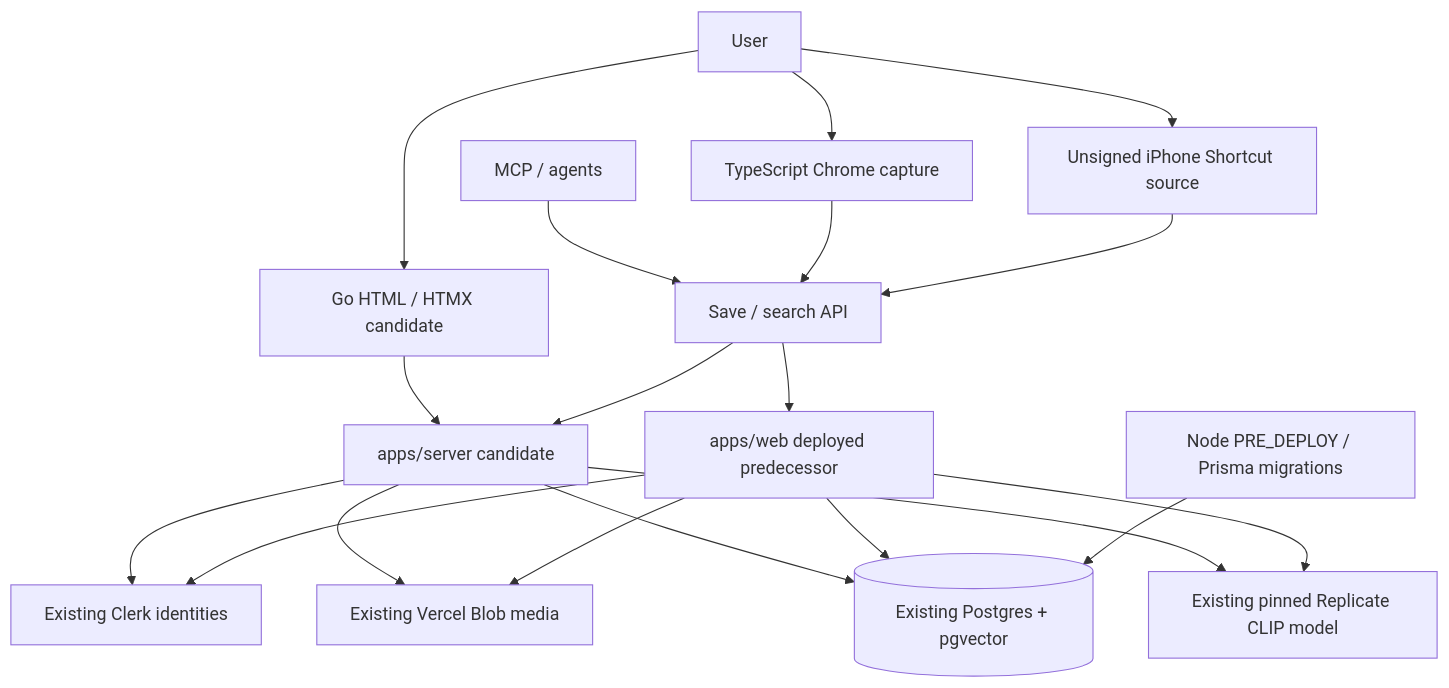
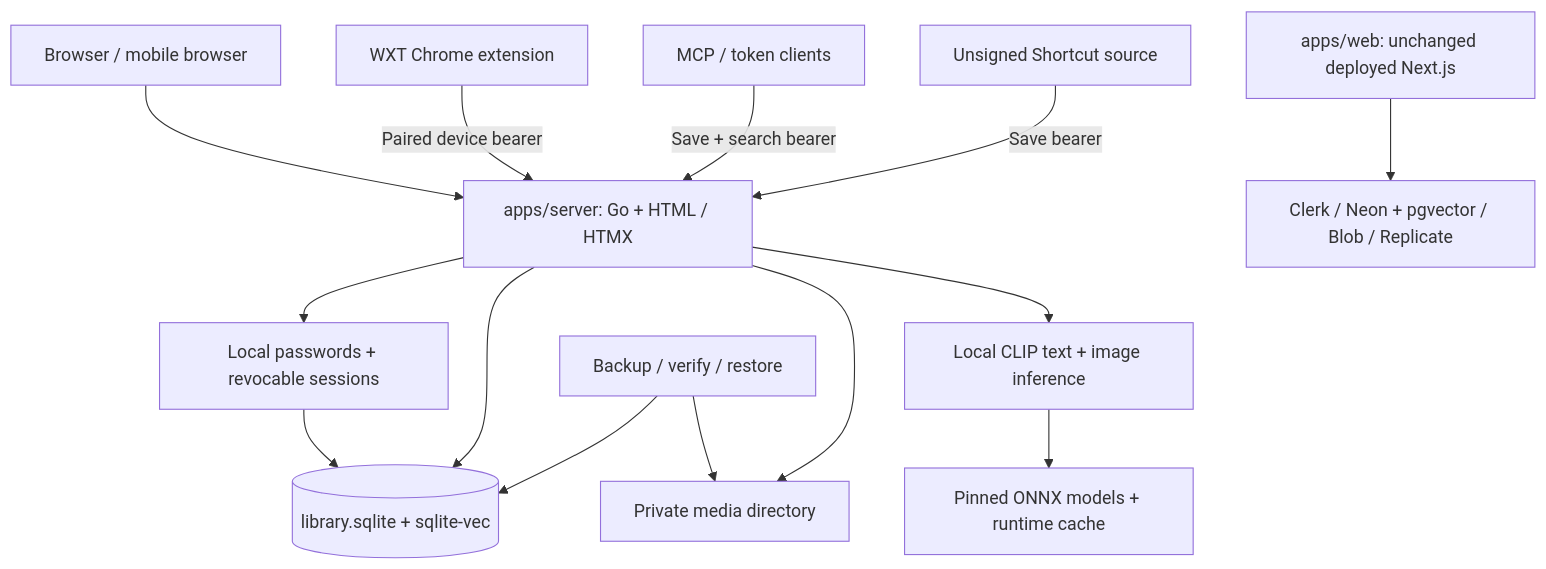
One commit to misty-step/sploot changed the diagram in ARCHITECTURE.md. Above: the diagram before and after it, drawn with Mermaid. The commit also changed other lines of this file and 173 other files, not shown here.

Commit message:
feat(server): finish persistent personal library (MIS-45)

````diff
--- a/ARCHITECTURE.md
+++ b/ARCHITECTURE.md
@@ -28,21 +31,16 @@
 ```mermaid
 graph TB
-  U[User] --> HTML[Go HTML / HTMX candidate]
-  U --> EXT[TypeScript Chrome capture]
-  U --> IOS[Unsigned iPhone Shortcut source]
-  AGENT[MCP / agents] --> API[Save / search API]
-  EXT --> API
-  IOS --> API
-  HTML --> GO[apps/server candidate]
-  API --> GO
-  API --> NEXT[apps/web deployed predecessor]
-  GO --> AUTH[Existing Clerk identities]
-  NEXT --> AUTH
-  GO --> BLOB[Existing Vercel Blob media]
-  NEXT --> BLOB
-  GO --> DB[(Existing Postgres + pgvector)]
-  NEXT --> DB
-  GO --> EMB[Existing pinned Replicate CLIP model]
-  NEXT --> EMB
-  MIGRATE[Node PRE_DEPLOY / Prisma migrations] --> DB
+  U[Browser / mobile browser] --> GO[apps/server: Go + HTML / HTMX]
+  EXT[WXT Chrome extension] -->|Paired device bearer| GO
+  AGENT[MCP / token clients] -->|Save + search bearer| GO
+  IOS[Unsigned Shortcut source] -->|Save bearer| GO
+  GO --> AUTH[Local passwords + revocable sessions]
+  AUTH --> DB[(library.sqlite + sqlite-vec)]
+  GO --> DB
+  GO --> MEDIA[Private media directory]
+  GO --> CPU[Local CLIP text + image inference]
+  CPU --> CACHE[Pinned ONNX models + runtime cache]
+  RECOVERY[Backup / verify / restore] --> DB
+  RECOVERY --> MEDIA
+  NEXT[apps/web: unchanged deployed Next.js] --> VENDOR[Clerk / Neon + pgvector / Blob / Replicate]
 ```
````
